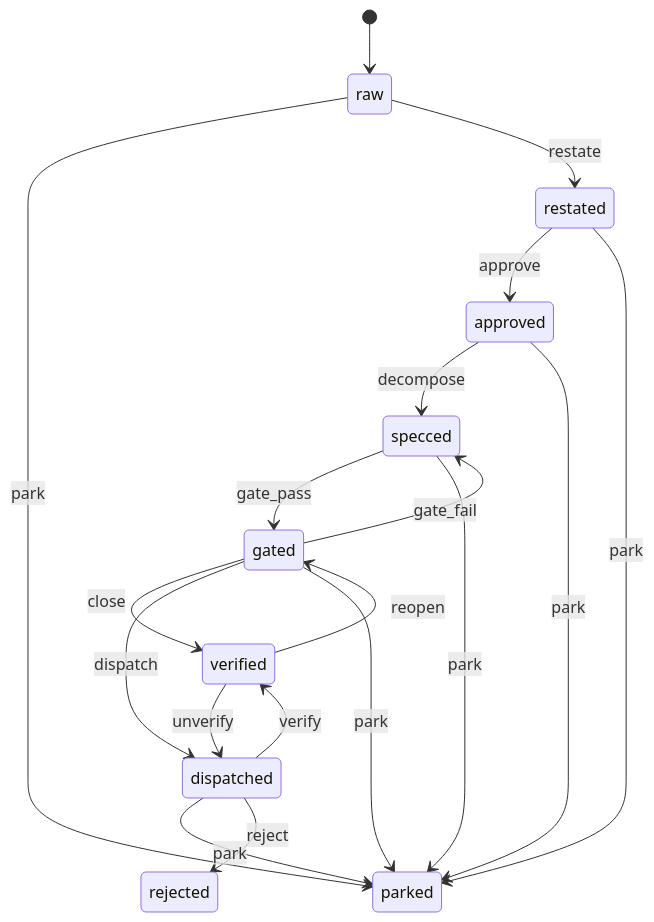
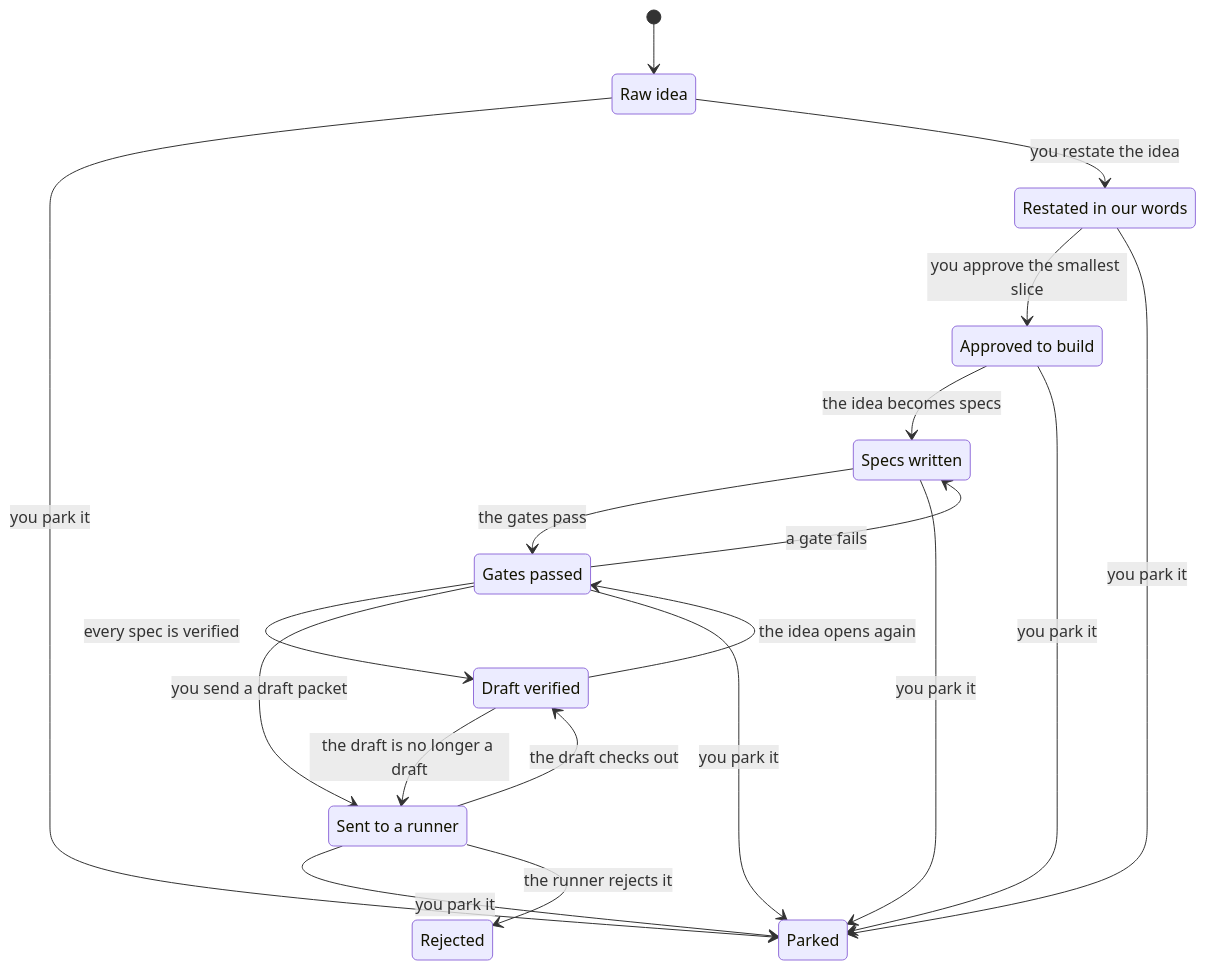
One commit to BoydVC/idea-foundry changed the diagram in model/statechart.mmd. Above: the diagram before and after it, drawn with Mermaid. The commit also changed 48 other files, not shown here.

First line of the commit message:
feat(foundry): add pass 5 planner, arena, and trust gates

```diff
--- a/model/statechart.mmd
+++ b/model/statechart.mmd
@@ -1,19 +1,28 @@
 stateDiagram-v2
   [*] --> raw
-  approved --> specced: decompose
-  approved --> parked: park
-  dispatched --> parked: park
-  dispatched --> rejected: reject
-  dispatched --> verified: verify
-  gated --> verified: close
-  gated --> dispatched: dispatch
-  gated --> specced: gate_fail
-  gated --> parked: park
-  raw --> parked: park
-  raw --> restated: restate
-  restated --> approved: approve
-  restated --> parked: park
-  specced --> gated: gate_pass
-  specced --> parked: park
-  verified --> gated: reopen
-  verified --> dispatched: unverify
+  state "Raw idea" as raw
+  state "Restated in our words" as restated
+  state "Approved to build" as approved
+  state "Specs written" as specced
+  state "Gates passed" as gated
+  state "Sent to a runner" as dispatched
+  state "Draft verified" as verified
+  state "Rejected" as rejected
+  state "Parked" as parked
+  approved --> specced: the idea becomes specs
+  approved --> parked: you park it
+  dispatched --> parked: you park it
+  dispatched --> rejected: the runner rejects it
+  dispatched --> verified: the draft checks out
+  gated --> verified: every spec is verified
+  gated --> dispatched: you send a draft packet
+  gated --> specced: a gate fails
+  gated --> parked: you park it
+  raw --> parked: you park it
+  raw --> restated: you restate the idea
+  restated --> approved: you approve the smallest slice
+  restated --> parked: you park it
+  specced --> gated: the gates pass
+  specced --> parked: you park it
+  verified --> gated: the idea opens again
+  verified --> dispatched: the draft is no longer a draft
```
